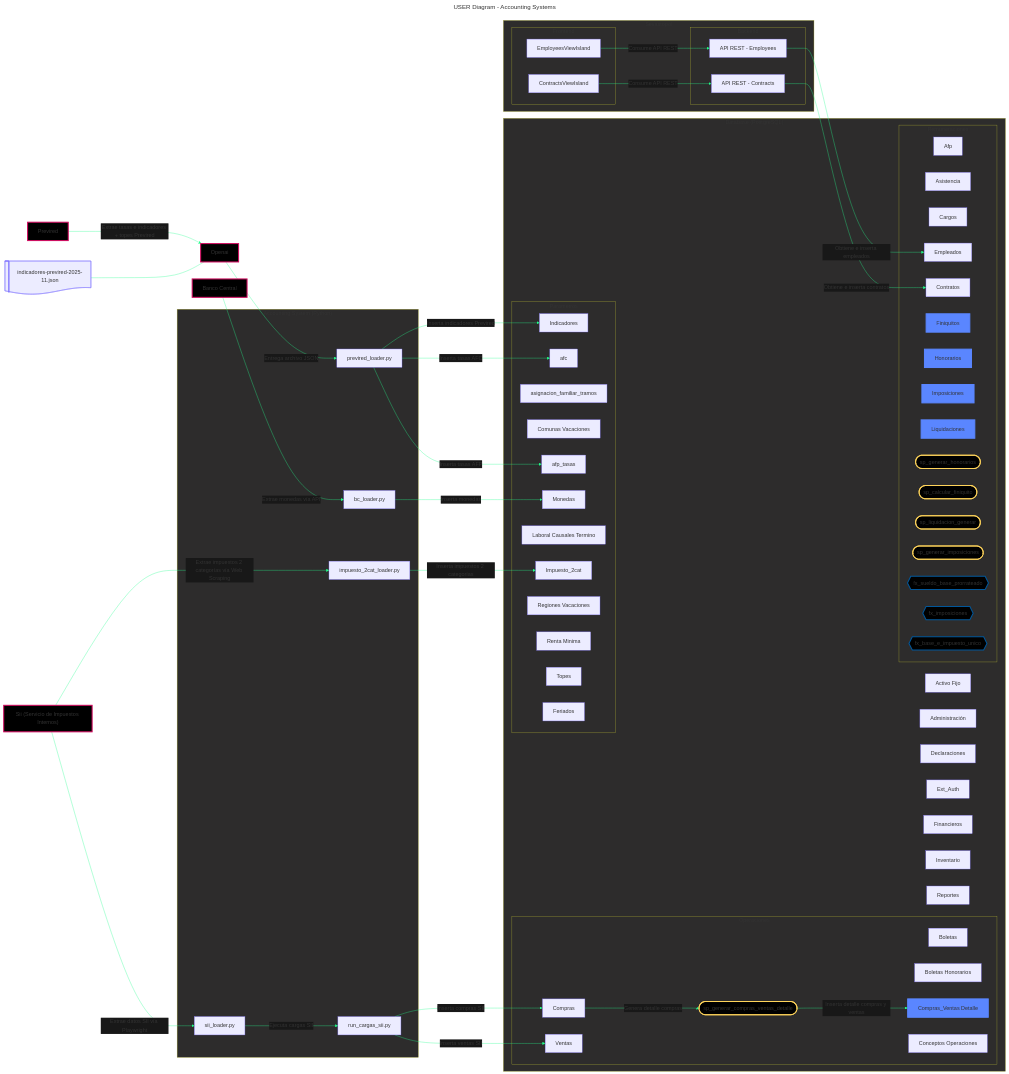
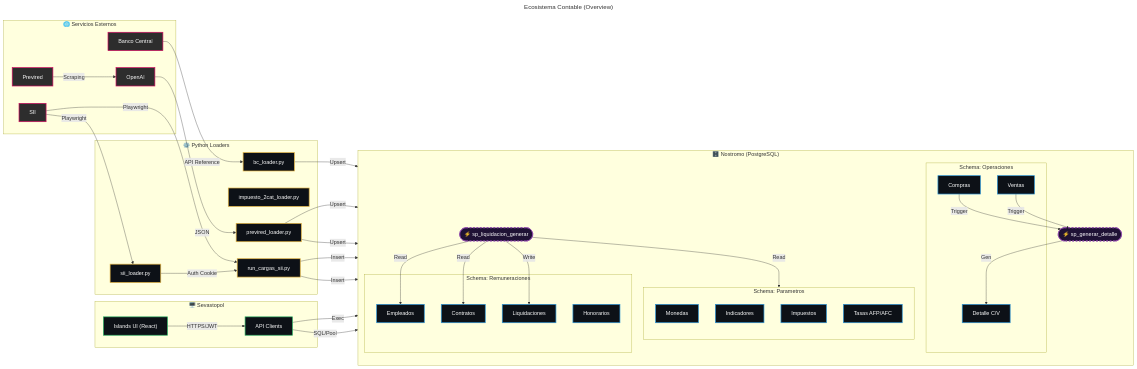
Before and after one commit to ChrisTkm/jean_d_arc: the first of 9 diagrams in src/content/docs/arquitectura/diagramas.md, drawn with Mermaid. The commit also changed other lines of this file and 8 other files, not shown here.

Commit message:
docs: Add comprehensive documentation for accounting remuneration, system architecture, and security practices including various diagrams.

````diff
--- a/src/content/docs/arquitectura/diagramas.md
+++ b/src/content/docs/arquitectura/diagramas.md
@@ -26,137 +26,92 @@
 ```mermaid
 ---
-title: USER Diagram - Accounting Systems
+title: Ecosistema Contable (Overview)
 ---
-%%{init:{
-  "themeVariables":{
-    "primaryColor":"#8073ff",
-    "lineColor":"#26ff8e",
-    "nodeBorder":"#8073ff",
-    "clusterBkg":"#2d2c2cff",
-    "fontColor":"#fff",
-    "fontFamily":"Cascadia Code",
-    "edgeLabelBackground":"#181818ff",
-    "tertiaryColor":"#1a1a1a"
-  }
-}}%%
+flowchart LR
+    %% External Services
+    subgraph External["🌐 Servicios Externos"]
+        SII["SII"]
+        PREVIRED["Previred"]
+        BC["Banco Central"]
+        OPENAI["OpenAI"]
+    end
 
-flowchart LR
-    A["Sii (Servicio de Impuestos Internos)"]
-    B["Previred"]
-    C["Banco Central"]
-    D["Openai"]
-    DDOC@{ shape: lin-doc, label: "indicadores-previred-2025-11.json", animate: true}
+    %% Loaders Layer
+    subgraph Loaders["⚙️ Python Loaders"]
+        BCL["bc_loader.py"]
+        I2C["impuesto_2cat_loader.py"]
+        PRL["previred_loader.py"]
+        SIIL["sii_loader.py"]
+        RCS["run_cargas_sii.py"]
+    end
 
-    subgraph E["Accounting System (Python)"]
-        E1["bc_loader.py"]
-        E2["impuesto_2cat_loader.py"]
-        E3["previred_loader.py"]
-        E4["sii_loader.py"]
-        E5["run_cargas_sii.py"]
-     end
-
-    subgraph F["Database (PostgreSQL)"]
-        SH1["Activo Fijo"]
-        SH2["Administración"]
-        SH3["Declaraciones"]
-        SH4["Ext_Auth"]
-        SH5["Financieros"]
-        SH6["Inventario"]
-
-        subgraph SH7["Parametros"]
-          SH71["afc"]
-          SH72["afp_tasas"]
-          SH73["asignacion_familiar_tramos"]
-          SH74["Comunas Vacaciones"]
-          SH75["Impuesto_2cat"]
-          SH76["Indicadores"]
-          SH77["Laboral Causales Termino"]
-          SH78["Monedas"]
-          SH79["Regiones Vacaciones"]
-          SH710["Renta Minima"]
-          SH711["Topes"]
-          SH712["Feriados"]
+    %% Database Layer
+    subgraph DB["🗄️ Nostromo (PostgreSQL)"]
+        direction TB
+        
+        subgraph Parametros["Schema: Parametros"]
+            direction TB
+            PAR_MON["Monedas"]
+            PAR_IND["Indicadores"]
+            PAR_TAX["Impuestos"]
+            PAR_AFP["Tasas AFP/AFC"]
         end
 
-        subgraph SH8["Operaciones"]
-          SH81["Boletas"]
-          SH82["Compras"]
-          SH83["Ventas"]
-          SH84["Boletas Honorarios"]
-          SH85["Compras_Ventas Detalle"]
-          SH86["Conceptos Operaciones"]
-          SH87(["sp_generar_compras_ventas_detalle"])
+        subgraph Operaciones["Schema: Operaciones"]
+            OP_COM["Compras"]
+            OP_VEN["Ventas"]
+            OP_DET["Detalle C/V"]
         end
 
-        subgraph SH9["Remuneraciones"]
-          SH9TBL1["Afp"]
-          SH9TBL2["Asistencia"]
-          SH9TBL3["Cargos"]
-          SH9TBL7["Contratos"]
-          SH9TBL9["Empleados"]
-          SH9TBL10["Finiquitos"]
-          SH9TBL12["Honorarios"]
-          SH9TBL14["Imposiciones"]
-          SH9TBL18["Liquidaciones"]
-
-          SH9SP1(["sp_generar_honorarios"])
-          SH9SP2(["sp_calcular_finiquito"])
-          SH9SP3(["sp_liquidacion_generar"])
-          SH9SP4(["sp_generar_imposiciones"])
-
-          SH9FN1{{"fx_sueldo_base_prorrateado"}}
-          SH9FN3{{"fx_imposiciones"}}
-          SH9FN4{{"fx_base_e_impuesto_unico"}}
+        subgraph Remuneraciones["Schema: Remuneraciones"]
+            REM_EMP["Empleados"]
+            REM_CON["Contratos"]
+            REM_LIQ["Liquidaciones"]
+            REM_HON["Honorarios"]
         end
-        SH10["Reportes"]
+        
+        %% SPs
+        SP_CALC(["⚡ sp_liquidacion_generar"])
+        SP_DET(["⚡ sp_generar_detalle"])
     end
 
-    subgraph G["Sevastopol"]
-        subgraph G1["Backend"]
-        G11["API REST - Employees"]
-        G12["API REST - Contracts"]
-        end
-        subgraph G2["Frontend"]
-        G21["EmployeesViewIsland"]
-        G22["ContractsViewIsland"]
-        end
+    %% Sevastopol Layer
+    subgraph Frontend["🖥️ Sevastopol"]
+        VIEWS["Islands UI (React)"]
+        API["API Clients"]
     end
 
-    C -->|Extrae monedas vía API| E1
-    E1 -->|Inserta monedas| SH78
+    %% Connections
+    BC -->|API Reference| BCL
+    BCL -->|Upsert| PAR_MON
 
-    A -->|Extrae impuestos 2 categorías vía Web Scraping| E2
-    E2 -->|Inserta impuestos 2 categorías| SH75
+    PREVIRED -->|Scraping| OPENAI
+    OPENAI -->|JSON| PRL
+    PRL -->|Upsert| PAR_IND & PAR_AFP
 
-    B -->|Extrae tasas e indicadores + topes Previred| D
-    D -->|Entrega archivo JSON| E3
-    DDOC --- D
+    SII -->|Playwright| SIIL & RCS
+    SIIL -->|Auth Cookie| RCS
+    RCS -->|Insert| OP_COM & OP_VEN
+    
+    OP_COM & OP_VEN -->|Trigger| SP_DET
+    SP_DET -->|Gen| OP_DET
 
-    E3 -->|Inserta indicadores Previred| SH76
-    E3 -->|Inserta tasas AFC| SH71
-    E3 -->|Inserta tasas AFP| SH72
+    VIEWS -->|HTTPS/JWT| API
+    API -->|SQL/Pool| Remuneraciones
+    API -->|Exec| SP_CALC
+    SP_CALC -->|Read| REM_EMP & REM_CON & PAR_IND
+    SP_CALC -->|Write| REM_LIQ
 
-    A -->|Extrae datos SII vía Playwright| E4
-    E4 -->|Ejecuta cargas SII| E5
-    E5 -->|Inserta compras SII| SH82
-    E5 -->|Inserta ventas SII| SH83
+    %% Styles
+    classDef ext fill:#2d2d2d,stroke:#d3095f,stroke-width:2px,color:#fff;
+    classDef py fill:#0d1117,stroke:#e3b341,stroke-width:2px,color:#fff;
+    classDef db fill:#0d1117,stroke:#2b95d6,stroke-width:2px,color:#fff;
+    classDef sp fill:#1f1235,stroke:#8e44ad,stroke-width:2px,stroke-dasharray: 5 5,color:#fff;
+    classDef front fill:#0d1117,stroke:#27ae60,stroke-width:2px,color:#fff;
 
-    SH82 -->|Genera detalle compras| SH87
-    SH87 -->|Inserta detalle compras y ventas| SH85
-
-    G21 -->|Consume API REST| G11
-    G11 -->|Obtiene e inserta empleados| SH9TBL9
-
-    G22 -->|Consume API REST| G12
-    G12 -->|Obtiene e inserta contratos| SH9TBL7
-
-    classDef externos fill:#000,stroke:#d3095f,stroke-width:3px
-    classDef functions fill:#000,stroke:#01579b,stroke-width:3px
-    classDef producers fill:#000,stroke:#ffd45a,stroke-width:3px
-    classDef finales fill:#5a86ff,stroke:#5a86ff,stroke-width:3px
-
-    class SH9FN1,SH9FN3,SH9FN4 functions
-    class SH9SP1,SH9SP2,SH9SP3,SH9SP4,SH87 producers
-    class A,B,C,D externos
-    class SH85,SH9TBL10,SH9TBL18,SH9TBL12,SH9TBL14 finales
+    class SII,PREVIRED,BC,OPENAI ext;
+    class BCL,I2C,PRL,SIIL,RCS py;
+    class PAR_MON,PAR_IND,PAR_TAX,PAR_AFP,OP_COM,OP_VEN,OP_DET,REM_EMP,REM_CON,REM_LIQ,REM_HON db;
+    class SP_CALC,SP_DET sp;
+    class VIEWS,API front;
 ```
````
